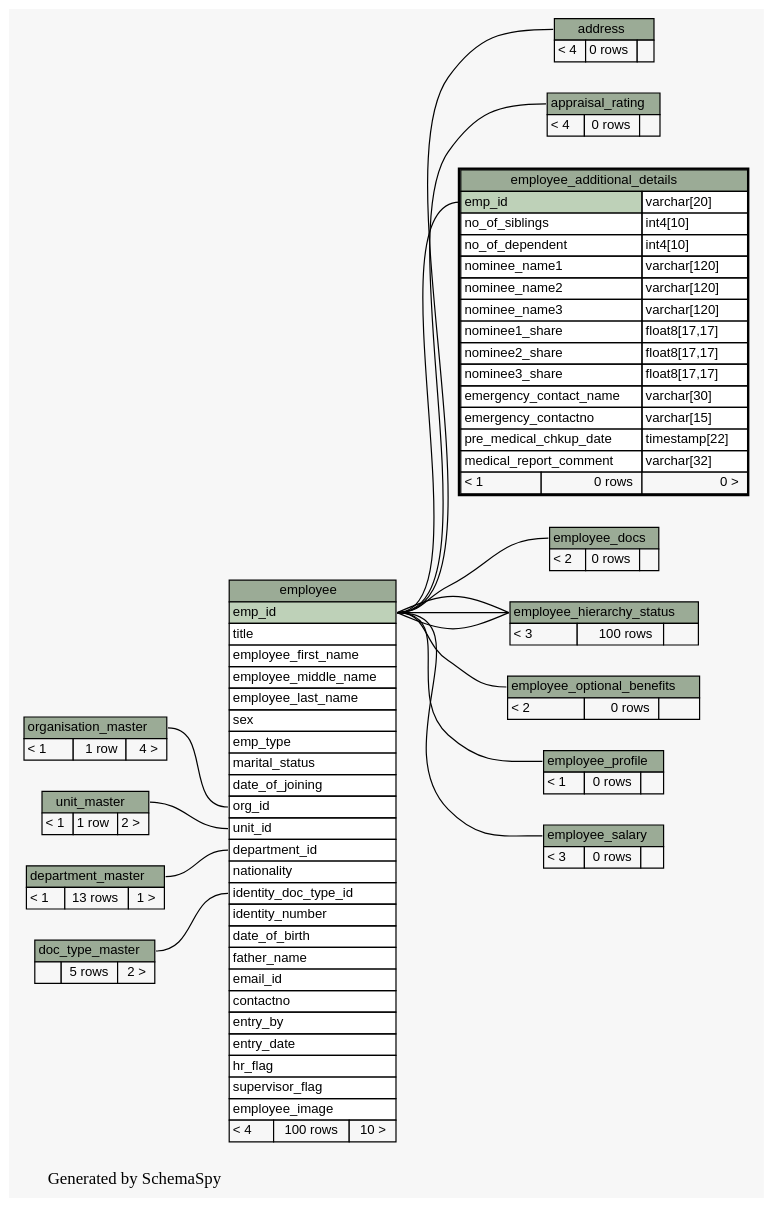
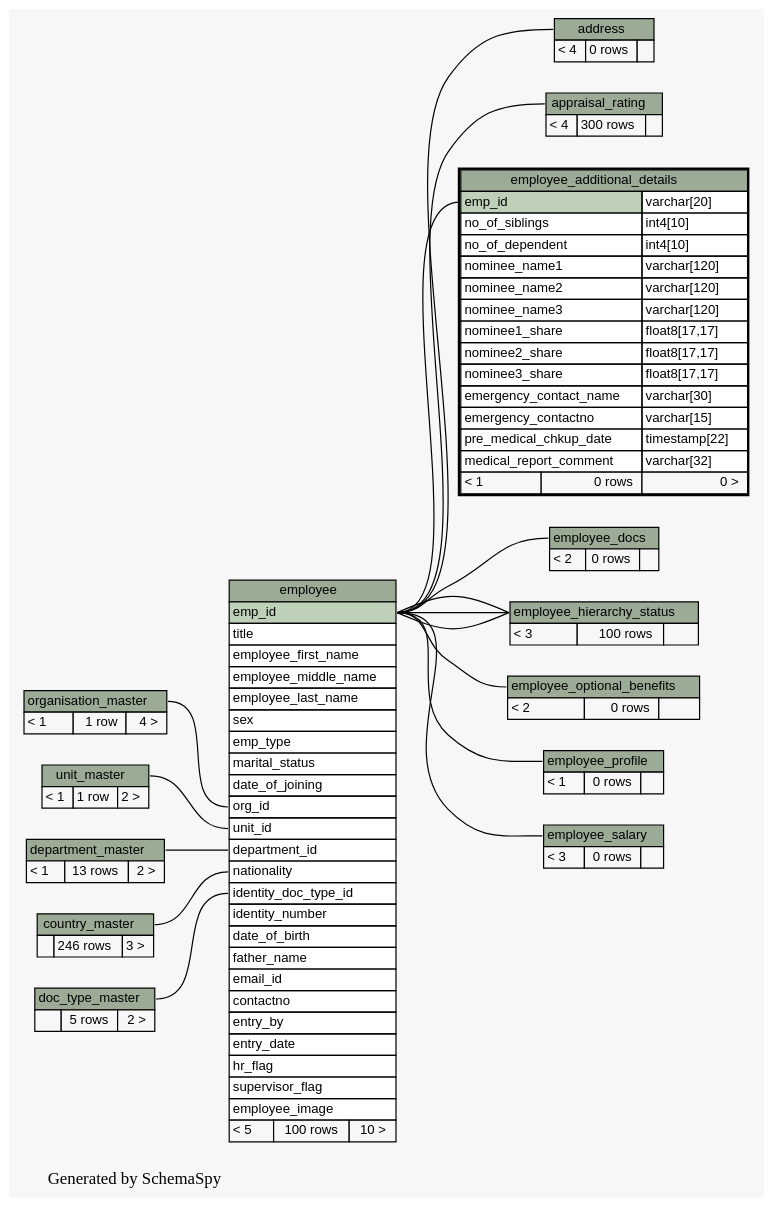
One commit to engineerscraft/hrms changed the diagram in docs/database/schemaspy/graphs/employee_additional_details.2degrees.dot. Above: the diagram before and after it, drawn with Graphviz. The commit also changed 204 other files, not shown here.

```diff
--- a/docs/database/schemaspy/graphs/employee_additional_details.2degrees.dot
+++ b/docs/database/schemaspy/graphs/employee_additional_details.2degrees.dot
@@ -1,185 +1,195 @@
 // dot 2.38.0 on Windows 7 6.1
 digraph "twoDegreesRelationshipsGraph" {
   graph [
     rankdir="RL"
     bgcolor="#f7f7f7"
     label="\nGenerated by SchemaSpy"
     labeljust="l"
   ];
   node [
     fontname="Helvetica"
     fontsize="11"
     shape="plaintext"
   ];
   edge [
     arrowsize="0.8"
   ];
   "address":"address.heading":w -> "employee":"emp_id":e [arrowtail=crowtee arrowhead=none];
   "appraisal_rating":"appraisal_rating.heading":w -> "employee":"emp_id":e [arrowtail=crowtee arrowhead=none];
   "employee":"department_id":w -> "department_master":"department_master.heading":e [arrowtail=crowodot arrowhead=none];
   "employee":"identity_doc_type_id":w -> "doc_type_master":"doc_type_master.heading":e [arrowtail=crowodot arrowhead=none];
+  "employee":"nationality":w -> "country_master":"country_master.heading":e [arrowtail=crowodot arrowhead=none];
   "employee":"org_id":w -> "organisation_master":"organisation_master.heading":e [arrowtail=crowodot arrowhead=none];
   "employee":"unit_id":w -> "unit_master":"unit_master.heading":e [arrowtail=crowodot arrowhead=none];
   "employee_additional_details":"emp_id":w -> "employee":"emp_id":e [arrowtail=tee arrowhead=none];
-  "employee_docs":"employee_docs.heading":w -> "employee":"emp_id":e [arrowtail=crowtee arrowhead=none];
+  "employee_docs":"employee_docs.heading":w -> "employee":"emp_id":e [arrowtail=crowodot arrowhead=none];
   "employee_hierarchy_status":"employee_hierarchy_status.heading":w -> "employee":"emp_id":e [arrowtail=tee arrowhead=none];
   "employee_hierarchy_status":"employee_hierarchy_status.heading":w -> "employee":"emp_id":e [arrowtail=crowodot arrowhead=none];
   "employee_hierarchy_status":"employee_hierarchy_status.heading":w -> "employee":"emp_id":e [arrowtail=crowodot arrowhead=none];
   "employee_optional_benefits":"employee_optional_benefits.heading":w -> "employee":"emp_id":e [arrowtail=crowodot arrowhead=none];
   "employee_profile":"employee_profile.heading":w -> "employee":"emp_id":e [arrowtail=tee arrowhead=none];
   "employee_salary":"employee_salary.heading":w -> "employee":"emp_id":e [arrowtail=crowtee arrowhead=none];
   "address" [
     label=<
     <TABLE BORDER="0" CELLBORDER="1" CELLSPACING="0" BGCOLOR="#ffffff">
       <TR><TD PORT="address.heading" COLSPAN="3" BGCOLOR="#9bab96" ALIGN="CENTER">address</TD></TR>
       <TR><TD ALIGN="LEFT" BGCOLOR="#f7f7f7">&lt; 4</TD><TD ALIGN="RIGHT" BGCOLOR="#f7f7f7">0 rows</TD><TD ALIGN="RIGHT" BGCOLOR="#f7f7f7">  </TD></TR>
     </TABLE>>
     URL="address.html#graph"
     tooltip="address"
   ];
   "appraisal_rating" [
     label=<
     <TABLE BORDER="0" CELLBORDER="1" CELLSPACING="0" BGCOLOR="#ffffff">
       <TR><TD PORT="appraisal_rating.heading" COLSPAN="3" BGCOLOR="#9bab96" ALIGN="CENTER">appraisal_rating</TD></TR>
-      <TR><TD ALIGN="LEFT" BGCOLOR="#f7f7f7">&lt; 4</TD><TD ALIGN="RIGHT" BGCOLOR="#f7f7f7">0 rows</TD><TD ALIGN="RIGHT" BGCOLOR="#f7f7f7">  </TD></TR>
+      <TR><TD ALIGN="LEFT" BGCOLOR="#f7f7f7">&lt; 4</TD><TD ALIGN="RIGHT" BGCOLOR="#f7f7f7">300 rows</TD><TD ALIGN="RIGHT" BGCOLOR="#f7f7f7">  </TD></TR>
     </TABLE>>
     URL="appraisal_rating.html#graph"
     tooltip="appraisal_rating"
+  ];
+  "country_master" [
+    label=<
+    <TABLE BORDER="0" CELLBORDER="1" CELLSPACING="0" BGCOLOR="#ffffff">
+      <TR><TD PORT="country_master.heading" COLSPAN="3" BGCOLOR="#9bab96" ALIGN="CENTER">country_master</TD></TR>
+      <TR><TD ALIGN="LEFT" BGCOLOR="#f7f7f7">  </TD><TD ALIGN="RIGHT" BGCOLOR="#f7f7f7">246 rows</TD><TD ALIGN="RIGHT" BGCOLOR="#f7f7f7">3 &gt;</TD></TR>
+    </TABLE>>
+    URL="country_master.html#graph"
+    tooltip="country_master"
   ];
   "department_master" [
     label=<
     <TABLE BORDER="0" CELLBORDER="1" CELLSPACING="0" BGCOLOR="#ffffff">
       <TR><TD PORT="department_master.heading" COLSPAN="3" BGCOLOR="#9bab96" ALIGN="CENTER">department_master</TD></TR>
-      <TR><TD ALIGN="LEFT" BGCOLOR="#f7f7f7">&lt; 1</TD><TD ALIGN="RIGHT" BGCOLOR="#f7f7f7">13 rows</TD><TD ALIGN="RIGHT" BGCOLOR="#f7f7f7">1 &gt;</TD></TR>
+      <TR><TD ALIGN="LEFT" BGCOLOR="#f7f7f7">&lt; 1</TD><TD ALIGN="RIGHT" BGCOLOR="#f7f7f7">13 rows</TD><TD ALIGN="RIGHT" BGCOLOR="#f7f7f7">2 &gt;</TD></TR>
     </TABLE>>
     URL="department_master.html#graph"
     tooltip="department_master"
   ];
   "doc_type_master" [
     label=<
     <TABLE BORDER="0" CELLBORDER="1" CELLSPACING="0" BGCOLOR="#ffffff">
       <TR><TD PORT="doc_type_master.heading" COLSPAN="3" BGCOLOR="#9bab96" ALIGN="CENTER">doc_type_master</TD></TR>
       <TR><TD ALIGN="LEFT" BGCOLOR="#f7f7f7">  </TD><TD ALIGN="RIGHT" BGCOLOR="#f7f7f7">5 rows</TD><TD ALIGN="RIGHT" BGCOLOR="#f7f7f7">2 &gt;</TD></TR>
     </TABLE>>
     URL="doc_type_master.html#graph"
     tooltip="doc_type_master"
   ];
   "employee" [
     label=<
     <TABLE BORDER="0" CELLBORDER="1" CELLSPACING="0" BGCOLOR="#ffffff">
       <TR><TD PORT="employee.heading" COLSPAN="3" BGCOLOR="#9bab96" ALIGN="CENTER">employee</TD></TR>
       <TR><TD PORT="emp_id" COLSPAN="3" BGCOLOR="#bed1b8" ALIGN="LEFT">emp_id</TD></TR>
       <TR><TD PORT="title" COLSPAN="3" ALIGN="LEFT">title</TD></TR>
       <TR><TD PORT="employee_first_name" COLSPAN="3" ALIGN="LEFT">employee_first_name</TD></TR>
       <TR><TD PORT="employee_middle_name" COLSPAN="3" ALIGN="LEFT">employee_middle_name</TD></TR>
       <TR><TD PORT="employee_last_name" COLSPAN="3" ALIGN="LEFT">employee_last_name</TD></TR>
       <TR><TD PORT="sex" COLSPAN="3" ALIGN="LEFT">sex</TD></TR>
       <TR><TD PORT="emp_type" COLSPAN="3" ALIGN="LEFT">emp_type</TD></TR>
       <TR><TD PORT="marital_status" COLSPAN="3" ALIGN="LEFT">marital_status</TD></TR>
       <TR><TD PORT="date_of_joining" COLSPAN="3" ALIGN="LEFT">date_of_joining</TD></TR>
       <TR><TD PORT="org_id" COLSPAN="3" ALIGN="LEFT">org_id</TD></TR>
       <TR><TD PORT="unit_id" COLSPAN="3" ALIGN="LEFT">unit_id</TD></TR>
       <TR><TD PORT="department_id" COLSPAN="3" ALIGN="LEFT">department_id</TD></TR>
       <TR><TD PORT="nationality" COLSPAN="3" ALIGN="LEFT">nationality</TD></TR>
       <TR><TD PORT="identity_doc_type_id" COLSPAN="3" ALIGN="LEFT">identity_doc_type_id</TD></TR>
       <TR><TD PORT="identity_number" COLSPAN="3" ALIGN="LEFT">identity_number</TD></TR>
       <TR><TD PORT="date_of_birth" COLSPAN="3" ALIGN="LEFT">date_of_birth</TD></TR>
       <TR><TD PORT="father_name" COLSPAN="3" ALIGN="LEFT">father_name</TD></TR>
       <TR><TD PORT="email_id" COLSPAN="3" ALIGN="LEFT">email_id</TD></TR>
       <TR><TD PORT="contactno" COLSPAN="3" ALIGN="LEFT">contactno</TD></TR>
       <TR><TD PORT="entry_by" COLSPAN="3" ALIGN="LEFT">entry_by</TD></TR>
       <TR><TD PORT="entry_date" COLSPAN="3" ALIGN="LEFT">entry_date</TD></TR>
       <TR><TD PORT="hr_flag" COLSPAN="3" ALIGN="LEFT">hr_flag</TD></TR>
       <TR><TD PORT="supervisor_flag" COLSPAN="3" ALIGN="LEFT">supervisor_flag</TD></TR>
       <TR><TD PORT="employee_image" COLSPAN="3" ALIGN="LEFT">employee_image</TD></TR>
-      <TR><TD ALIGN="LEFT" BGCOLOR="#f7f7f7">&lt; 4</TD><TD ALIGN="RIGHT" BGCOLOR="#f7f7f7">100 rows</TD><TD ALIGN="RIGHT" BGCOLOR="#f7f7f7">10 &gt;</TD></TR>
+      <TR><TD ALIGN="LEFT" BGCOLOR="#f7f7f7">&lt; 5</TD><TD ALIGN="RIGHT" BGCOLOR="#f7f7f7">100 rows</TD><TD ALIGN="RIGHT" BGCOLOR="#f7f7f7">10 &gt;</TD></TR>
     </TABLE>>
     URL="employee.html#graph"
     tooltip="employee"
   ];
   "employee_additional_details" [
     label=<
     <TABLE BORDER="2" CELLBORDER="1" CELLSPACING="0" BGCOLOR="#ffffff">
       <TR><TD PORT="employee_additional_details.heading" COLSPAN="3" BGCOLOR="#9bab96" ALIGN="CENTER">employee_additional_details</TD></TR>
       <TR><TD PORT="emp_id" COLSPAN="2" BGCOLOR="#bed1b8" ALIGN="LEFT">emp_id</TD><TD PORT="emp_id.type" ALIGN="LEFT">varchar[20]</TD></TR>
       <TR><TD PORT="no_of_siblings" COLSPAN="2" ALIGN="LEFT">no_of_siblings</TD><TD PORT="no_of_siblings.type" ALIGN="LEFT">int4[10]</TD></TR>
       <TR><TD PORT="no_of_dependent" COLSPAN="2" ALIGN="LEFT">no_of_dependent</TD><TD PORT="no_of_dependent.type" ALIGN="LEFT">int4[10]</TD></TR>
       <TR><TD PORT="nominee_name1" COLSPAN="2" ALIGN="LEFT">nominee_name1</TD><TD PORT="nominee_name1.type" ALIGN="LEFT">varchar[120]</TD></TR>
       <TR><TD PORT="nominee_name2" COLSPAN="2" ALIGN="LEFT">nominee_name2</TD><TD PORT="nominee_name2.type" ALIGN="LEFT">varchar[120]</TD></TR>
       <TR><TD PORT="nominee_name3" COLSPAN="2" ALIGN="LEFT">nominee_name3</TD><TD PORT="nominee_name3.type" ALIGN="LEFT">varchar[120]</TD></TR>
       <TR><TD PORT="nominee1_share" COLSPAN="2" ALIGN="LEFT">nominee1_share</TD><TD PORT="nominee1_share.type" ALIGN="LEFT">float8[17,17]</TD></TR>
       <TR><TD PORT="nominee2_share" COLSPAN="2" ALIGN="LEFT">nominee2_share</TD><TD PORT="nominee2_share.type" ALIGN="LEFT">float8[17,17]</TD></TR>
       <TR><TD PORT="nominee3_share" COLSPAN="2" ALIGN="LEFT">nominee3_share</TD><TD PORT="nominee3_share.type" ALIGN="LEFT">float8[17,17]</TD></TR>
       <TR><TD PORT="emergency_contact_name" COLSPAN="2" ALIGN="LEFT">emergency_contact_name</TD><TD PORT="emergency_contact_name.type" ALIGN="LEFT">varchar[30]</TD></TR>
       <TR><TD PORT="emergency_contactno" COLSPAN="2" ALIGN="LEFT">emergency_contactno</TD><TD PORT="emergency_contactno.type" ALIGN="LEFT">varchar[15]</TD></TR>
       <TR><TD PORT="pre_medical_chkup_date" COLSPAN="2" ALIGN="LEFT">pre_medical_chkup_date</TD><TD PORT="pre_medical_chkup_date.type" ALIGN="LEFT">timestamp[22]</TD></TR>
       <TR><TD PORT="medical_report_comment" COLSPAN="2" ALIGN="LEFT">medical_report_comment</TD><TD PORT="medical_report_comment.type" ALIGN="LEFT">varchar[32]</TD></TR>
       <TR><TD ALIGN="LEFT" BGCOLOR="#f7f7f7">&lt; 1</TD><TD ALIGN="RIGHT" BGCOLOR="#f7f7f7">0 rows</TD><TD ALIGN="RIGHT" BGCOLOR="#f7f7f7">0 &gt;</TD></TR>
     </TABLE>>
     URL="employee_additional_details.html#"
     tooltip="employee_additional_details"
   ];
   "employee_docs" [
     label=<
     <TABLE BORDER="0" CELLBORDER="1" CELLSPACING="0" BGCOLOR="#ffffff">
       <TR><TD PORT="employee_docs.heading" COLSPAN="3" BGCOLOR="#9bab96" ALIGN="CENTER">employee_docs</TD></TR>
       <TR><TD ALIGN="LEFT" BGCOLOR="#f7f7f7">&lt; 2</TD><TD ALIGN="RIGHT" BGCOLOR="#f7f7f7">0 rows</TD><TD ALIGN="RIGHT" BGCOLOR="#f7f7f7">  </TD></TR>
     </TABLE>>
     URL="employee_docs.html#graph"
     tooltip="employee_docs"
   ];
   "employee_hierarchy_status" [
     label=<
     <TABLE BORDER="0" CELLBORDER="1" CELLSPACING="0" BGCOLOR="#ffffff">
       <TR><TD PORT="employee_hierarchy_status.heading" COLSPAN="3" BGCOLOR="#9bab96" ALIGN="CENTER">employee_hierarchy_status</TD></TR>
       <TR><TD ALIGN="LEFT" BGCOLOR="#f7f7f7">&lt; 3</TD><TD ALIGN="RIGHT" BGCOLOR="#f7f7f7">100 rows</TD><TD ALIGN="RIGHT" BGCOLOR="#f7f7f7">  </TD></TR>
     </TABLE>>
     URL="employee_hierarchy_status.html#graph"
     tooltip="employee_hierarchy_status"
   ];
   "employee_optional_benefits" [
     label=<
     <TABLE BORDER="0" CELLBORDER="1" CELLSPACING="0" BGCOLOR="#ffffff">
       <TR><TD PORT="employee_optional_benefits.heading" COLSPAN="3" BGCOLOR="#9bab96" ALIGN="CENTER">employee_optional_benefits</TD></TR>
       <TR><TD ALIGN="LEFT" BGCOLOR="#f7f7f7">&lt; 2</TD><TD ALIGN="RIGHT" BGCOLOR="#f7f7f7">0 rows</TD><TD ALIGN="RIGHT" BGCOLOR="#f7f7f7">  </TD></TR>
     </TABLE>>
     URL="employee_optional_benefits.html#graph"
     tooltip="employee_optional_benefits"
   ];
   "employee_profile" [
     label=<
     <TABLE BORDER="0" CELLBORDER="1" CELLSPACING="0" BGCOLOR="#ffffff">
       <TR><TD PORT="employee_profile.heading" COLSPAN="3" BGCOLOR="#9bab96" ALIGN="CENTER">employee_profile</TD></TR>
       <TR><TD ALIGN="LEFT" BGCOLOR="#f7f7f7">&lt; 1</TD><TD ALIGN="RIGHT" BGCOLOR="#f7f7f7">0 rows</TD><TD ALIGN="RIGHT" BGCOLOR="#f7f7f7">  </TD></TR>
     </TABLE>>
     URL="employee_profile.html#graph"
     tooltip="employee_profile"
   ];
   "employee_salary" [
     label=<
     <TABLE BORDER="0" CELLBORDER="1" CELLSPACING="0" BGCOLOR="#ffffff">
       <TR><TD PORT="employee_salary.heading" COLSPAN="3" BGCOLOR="#9bab96" ALIGN="CENTER">employee_salary</TD></TR>
       <TR><TD ALIGN="LEFT" BGCOLOR="#f7f7f7">&lt; 3</TD><TD ALIGN="RIGHT" BGCOLOR="#f7f7f7">0 rows</TD><TD ALIGN="RIGHT" BGCOLOR="#f7f7f7">  </TD></TR>
     </TABLE>>
     URL="employee_salary.html#graph"
     tooltip="employee_salary"
   ];
   "organisation_master" [
     label=<
     <TABLE BORDER="0" CELLBORDER="1" CELLSPACING="0" BGCOLOR="#ffffff">
       <TR><TD PORT="organisation_master.heading" COLSPAN="3" BGCOLOR="#9bab96" ALIGN="CENTER">organisation_master</TD></TR>
       <TR><TD ALIGN="LEFT" BGCOLOR="#f7f7f7">&lt; 1</TD><TD ALIGN="RIGHT" BGCOLOR="#f7f7f7">1 row</TD><TD ALIGN="RIGHT" BGCOLOR="#f7f7f7">4 &gt;</TD></TR>
     </TABLE>>
     URL="organisation_master.html#graph"
     tooltip="organisation_master"
   ];
   "unit_master" [
     label=<
     <TABLE BORDER="0" CELLBORDER="1" CELLSPACING="0" BGCOLOR="#ffffff">
       <TR><TD PORT="unit_master.heading" COLSPAN="3" BGCOLOR="#9bab96" ALIGN="CENTER">unit_master</TD></TR>
       <TR><TD ALIGN="LEFT" BGCOLOR="#f7f7f7">&lt; 1</TD><TD ALIGN="RIGHT" BGCOLOR="#f7f7f7">1 row</TD><TD ALIGN="RIGHT" BGCOLOR="#f7f7f7">2 &gt;</TD></TR>
     </TABLE>>
     URL="unit_master.html#graph"
     tooltip="unit_master"
   ];
 }
```
